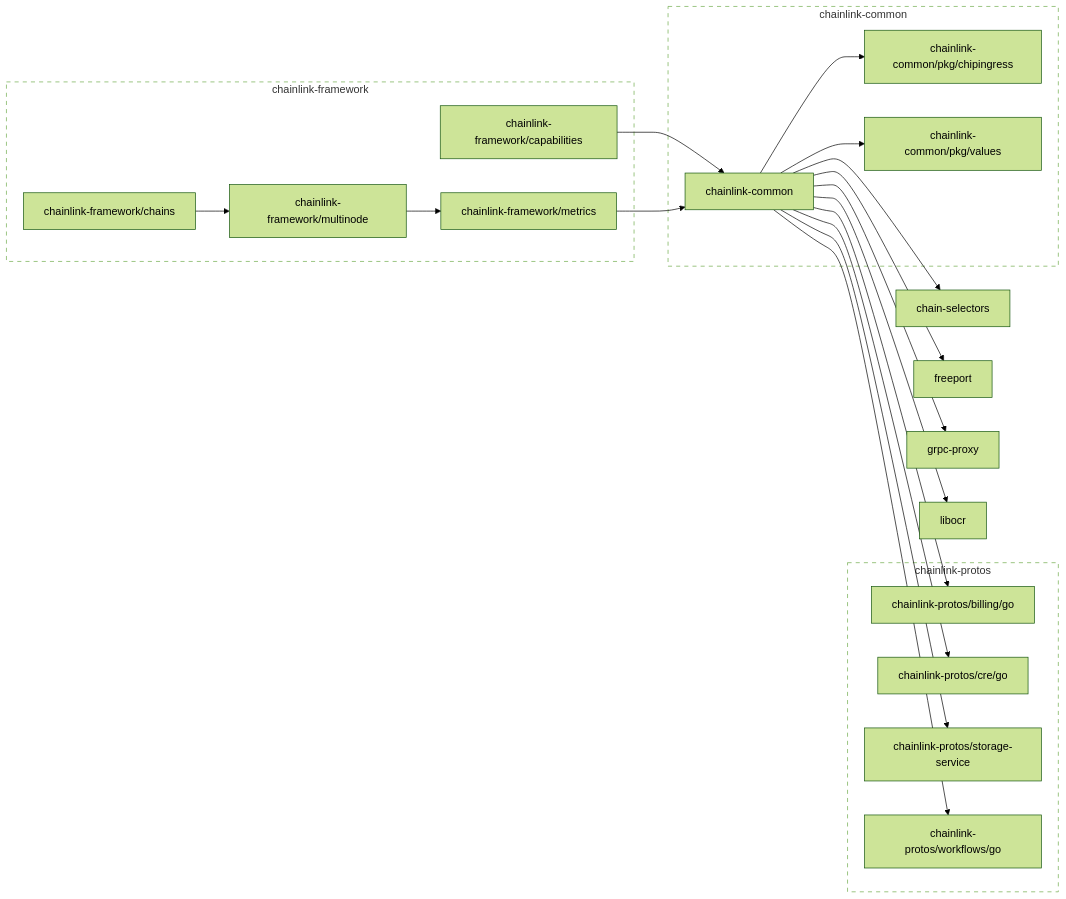
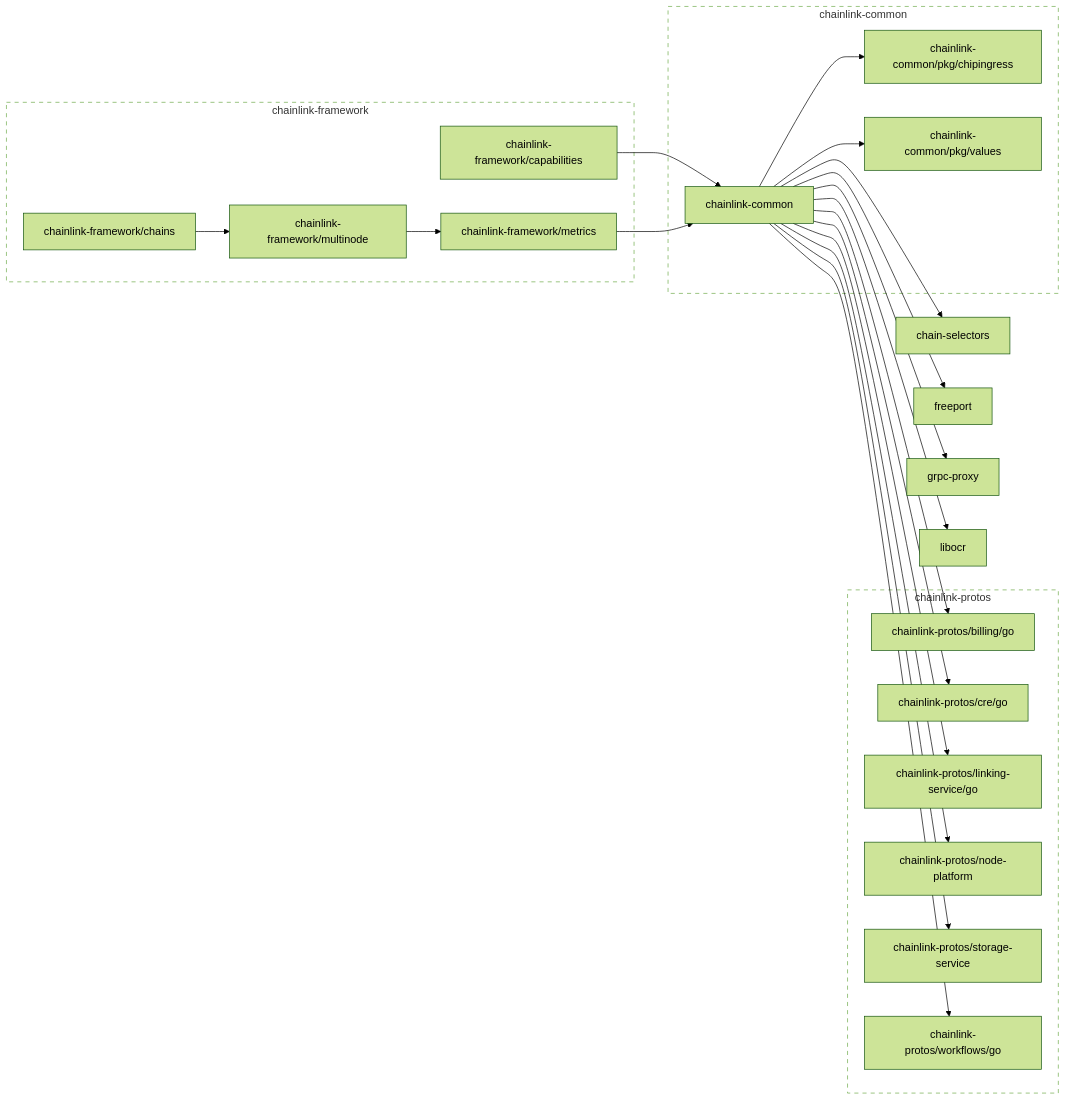
Before and after one commit to smartcontractkit/chainlink-framework: the diagram in go.md, drawn with Mermaid (forest theme). The commit also changed 5 other files, not shown here.

````diff
--- a/go.md
+++ b/go.md
@@ -3,69 +3,77 @@
 ```mermaid
 flowchart LR
 
 	chain-selectors
 	click chain-selectors href "https://github.com/smartcontractkit/chain-selectors"
 	chainlink-common --> chain-selectors
 	chainlink-common --> chainlink-common/pkg/chipingress
 	chainlink-common --> chainlink-common/pkg/values
 	chainlink-common --> chainlink-protos/billing/go
 	chainlink-common --> chainlink-protos/cre/go
+	chainlink-common --> chainlink-protos/linking-service/go
+	chainlink-common --> chainlink-protos/node-platform
 	chainlink-common --> chainlink-protos/storage-service
 	chainlink-common --> chainlink-protos/workflows/go
 	chainlink-common --> freeport
 	chainlink-common --> grpc-proxy
 	chainlink-common --> libocr
 	click chainlink-common href "https://github.com/smartcontractkit/chainlink-common"
 	chainlink-common/pkg/chipingress
 	click chainlink-common/pkg/chipingress href "https://github.com/smartcontractkit/chainlink-common"
 	chainlink-common/pkg/values
 	click chainlink-common/pkg/values href "https://github.com/smartcontractkit/chainlink-common"
 	chainlink-framework/capabilities --> chainlink-common
 	click chainlink-framework/capabilities href "https://github.com/smartcontractkit/chainlink-framework"
 	chainlink-framework/chains --> chainlink-framework/multinode
 	click chainlink-framework/chains href "https://github.com/smartcontractkit/chainlink-framework"
 	chainlink-framework/metrics --> chainlink-common
 	click chainlink-framework/metrics href "https://github.com/smartcontractkit/chainlink-framework"
 	chainlink-framework/multinode --> chainlink-framework/metrics
 	click chainlink-framework/multinode href "https://github.com/smartcontractkit/chainlink-framework"
 	chainlink-protos/billing/go
 	click chainlink-protos/billing/go href "https://github.com/smartcontractkit/chainlink-protos"
 	chainlink-protos/cre/go
 	click chainlink-protos/cre/go href "https://github.com/smartcontractkit/chainlink-protos"
+	chainlink-protos/linking-service/go
+	click chainlink-protos/linking-service/go href "https://github.com/smartcontractkit/chainlink-protos"
+	chainlink-protos/node-platform
+	click chainlink-protos/node-platform href "https://github.com/smartcontractkit/chainlink-protos"
 	chainlink-protos/storage-service
 	click chainlink-protos/storage-service href "https://github.com/smartcontractkit/chainlink-protos"
 	chainlink-protos/workflows/go
 	click chainlink-protos/workflows/go href "https://github.com/smartcontractkit/chainlink-protos"
 	freeport
 	click freeport href "https://github.com/smartcontractkit/freeport"
 	grpc-proxy
 	click grpc-proxy href "https://github.com/smartcontractkit/grpc-proxy"
 	libocr
 	click libocr href "https://github.com/smartcontractkit/libocr"
 
 	subgraph chainlink-common-repo[chainlink-common]
 		 chainlink-common
 		 chainlink-common/pkg/chipingress
 		 chainlink-common/pkg/values
 	end
 	click chainlink-common-repo href "https://github.com/smartcontractkit/chainlink-common"
 
 	subgraph chainlink-framework-repo[chainlink-framework]
 		 chainlink-framework/capabilities
 		 chainlink-framework/chains
 		 chainlink-framework/metrics
 		 chainlink-framework/multinode
 	end
 	click chainlink-framework-repo href "https://github.com/smartcontractkit/chainlink-framework"
 
 	subgraph chainlink-protos-repo[chainlink-protos]
 		 chainlink-protos/billing/go
 		 chainlink-protos/cre/go
+		 chainlink-protos/linking-service/go
+		 chainlink-protos/node-platform
 		 chainlink-protos/storage-service
 		 chainlink-protos/workflows/go
 	end
 	click chainlink-protos-repo href "https://github.com/smartcontractkit/chainlink-protos"
 
 	classDef outline stroke-dasharray:6,fill:none;
 	class chainlink-common-repo,chainlink-framework-repo,chainlink-protos-repo outline
 ```
````
